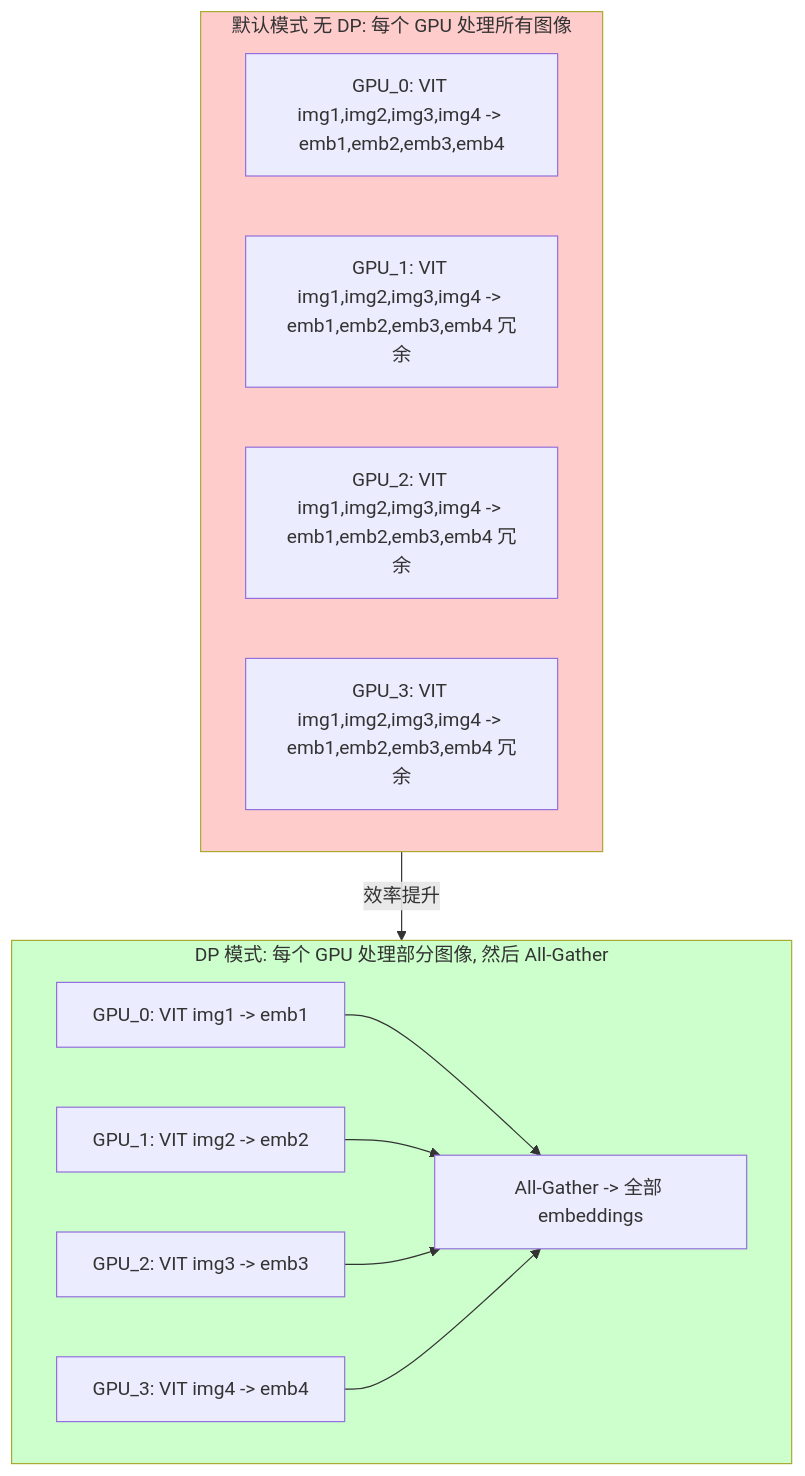
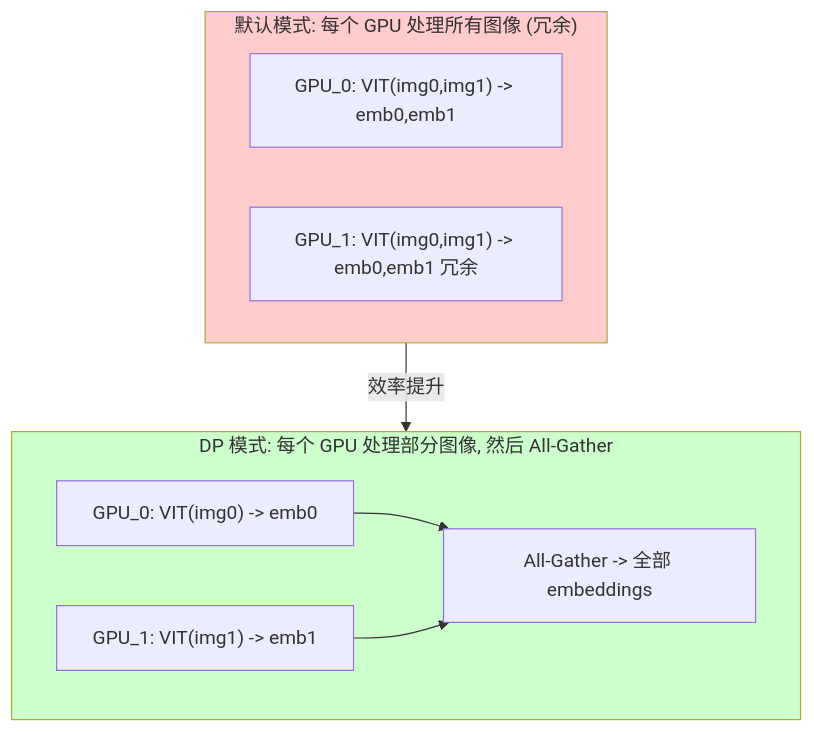
Before and after one commit to wesleyck/AIInfraNotes: the third of 7 diagrams in SGLang/11-multimodal.md, drawn with Mermaid. The commit also changed other lines of this file and 4 other files, not shown here.

````diff
--- a/SGLang/11-multimodal.md
+++ b/SGLang/11-multimodal.md
@@ -1428,26 +772,20 @@
 ```mermaid
 flowchart TB
-    subgraph NoDP["默认模式 无 DP: 每个 GPU 处理所有图像"]
-        ND0["GPU_0: VIT img1,img2,img3,img4 -> emb1,emb2,emb3,emb4"]
-        ND1["GPU_1: VIT img1,img2,img3,img4 -> emb1,emb2,emb3,emb4 冗余"]
-        ND2["GPU_2: VIT img1,img2,img3,img4 -> emb1,emb2,emb3,emb4 冗余"]
-        ND3["GPU_3: VIT img1,img2,img3,img4 -> emb1,emb2,emb3,emb4 冗余"]
+    subgraph NoDP["默认模式: 每个 GPU 处理所有图像 (冗余)"]
+        ND0["GPU_0: VIT(img0,img1) -> emb0,emb1"]
+        ND1["GPU_1: VIT(img0,img1) -> emb0,emb1 冗余"]
     end
 
     subgraph DPMode["DP 模式: 每个 GPU 处理部分图像, 然后 All-Gather"]
-        D0["GPU_0: VIT img1 -> emb1"]
-        D1["GPU_1: VIT img2 -> emb2"]
-        D2["GPU_2: VIT img3 -> emb3"]
-        D3["GPU_3: VIT img4 -> emb4"]
+        D0["GPU_0: VIT(img0) -> emb0"]
+        D1["GPU_1: VIT(img1) -> emb1"]
         AG["All-Gather -> 全部 embeddings"]
         D0 --> AG
         D1 --> AG
-        D2 --> AG
-        D3 --> AG
     end
 
     NoDP -->|"效率提升"| DPMode
 
     style NoDP fill:#ffcccc
     style DPMode fill:#ccffcc
 ```
````
